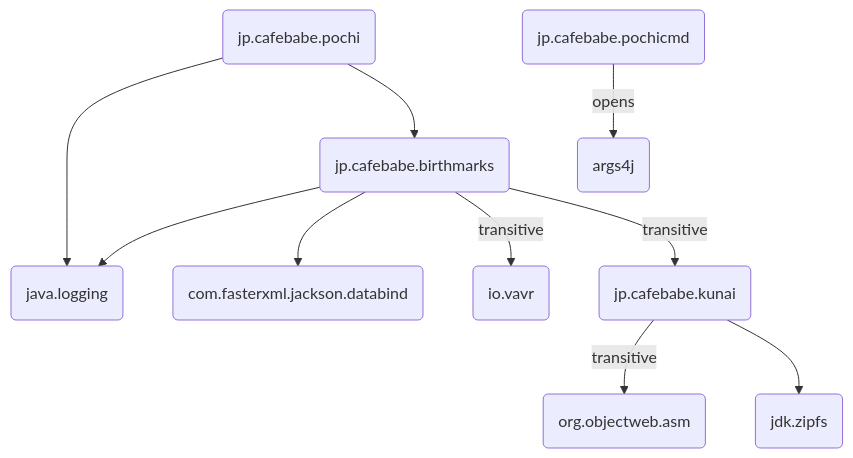
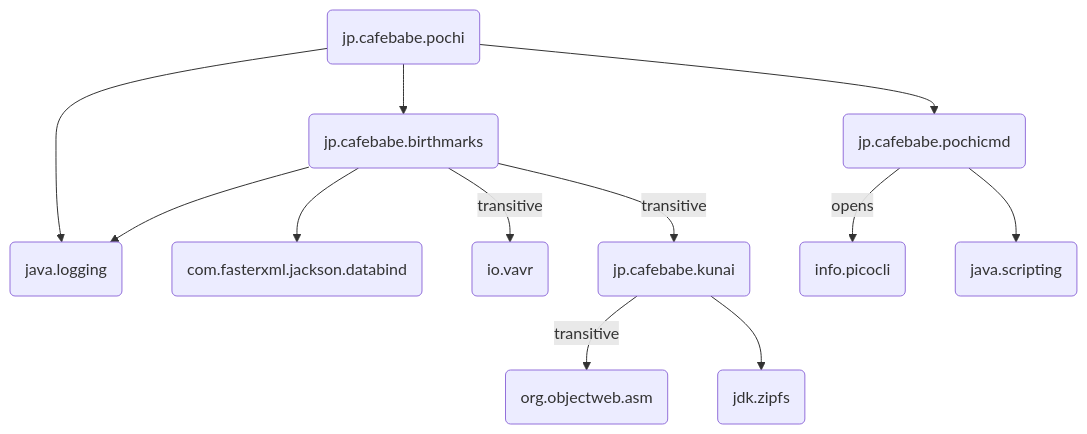
Before and after one commit to tamada/pochi: the diagram in site/resources/module-graph.md, drawn with Mermaid. The commit also changed 4 other files, not shown here.

Commit message:
update document for the maven repository and the module graph

````diff
--- a/site/resources/module-graph.md
+++ b/site/resources/module-graph.md
@@ -1,23 +1,26 @@
 ```mermaid
 graph TD
   birthmarks(jp.cafebabe.birthmarks)
   pochi(jp.cafebabe.pochi)
   kunai(jp.cafebabe.kunai)
   pochicmd(jp.cafebabe.pochicmd)
   logging(java.logging)
+  scripting(java.scripting)
   vavr(io.vavr)
   asm(org.objectweb.asm)
-  args4j(args4j)
+  picocli(info.picocli)
   zipfs(jdk.zipfs)
   jackson(com.fasterxml.jackson.databind)
 
-  pochicmd -- opens --> args4j
+  pochicmd -- opens --> picocli
+  pochicmd --> scripting
   pochi --> logging
   pochi --> birthmarks
+  pochi --> pochicmd
   birthmarks --> logging
   birthmarks --> jackson
   birthmarks --transitive--> vavr 
   birthmarks --transitive--> kunai
   kunai --transitive--> asm
   kunai --> zipfs
 ```
````
